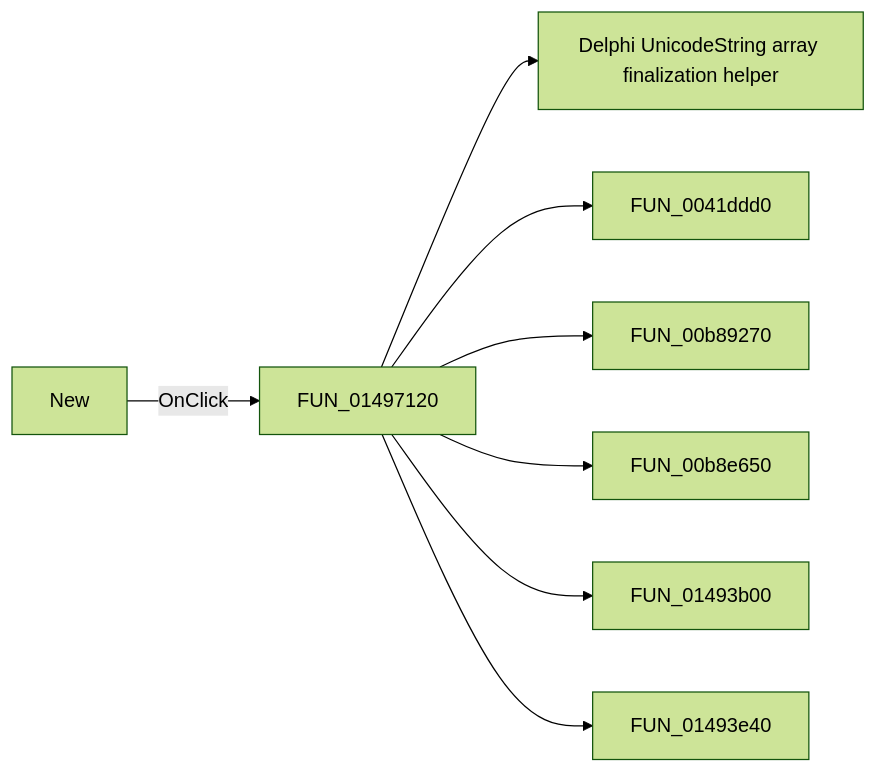
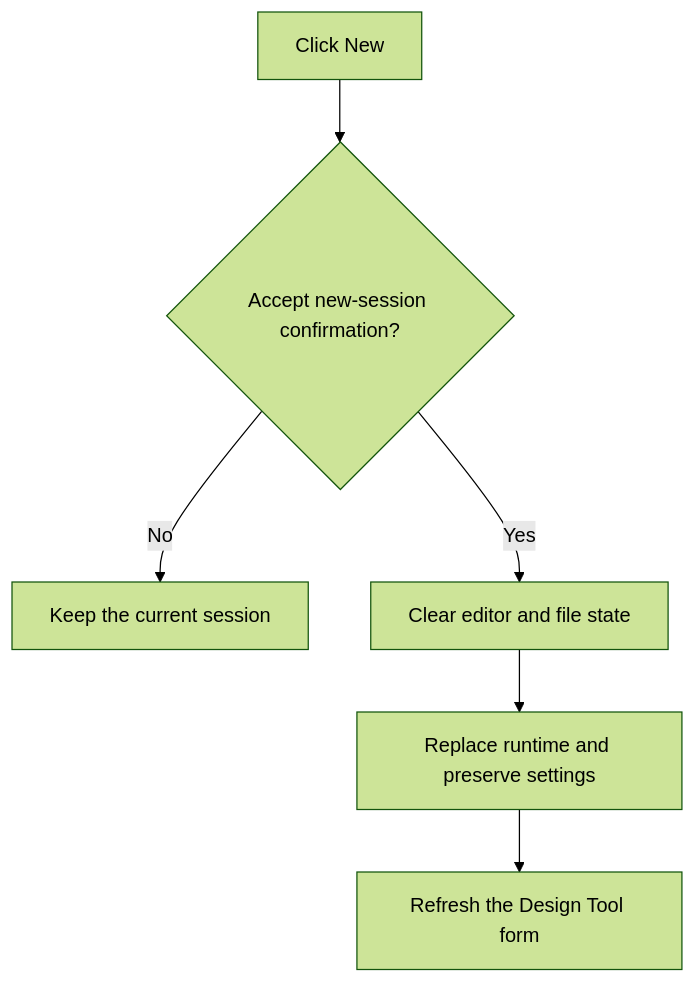
Before and after one commit to MovGP0/TIARA: the diagram in docs/ui-controls/frmdesigntool/sbfilenew-8ce17353a9.md, drawn with Mermaid (forest theme). The commit also changed other lines of this file and 387 other files, not shown here.

````diff
--- a/docs/ui-controls/frmdesigntool/sbfilenew-8ce17353a9.md
+++ b/docs/ui-controls/frmdesigntool/sbfilenew-8ce17353a9.md
@@ -27,10 +27,8 @@
 ```mermaid
-flowchart LR
-    control["New"] -->|OnClick| handler["FUN_01497120"]
-    handler --> call1["Delphi UnicodeString array finalization helper"]
-    handler --> call2["FUN_0041ddd0"]
-    handler --> call3["FUN_00b89270"]
-    handler --> call4["FUN_00b8e650"]
-    handler --> call5["FUN_01493b00"]
-    handler --> call6["FUN_01493e40"]
+flowchart TD
+    click["Click New"] --> confirm{"Accept new-session confirmation?"}
+    confirm -->|No| keep["Keep the current session"]
+    confirm -->|Yes| clear["Clear editor and file state"]
+    clear --> runtime["Replace runtime and preserve settings"]
+    runtime --> refresh["Refresh the Design Tool form"]
 ```
````
